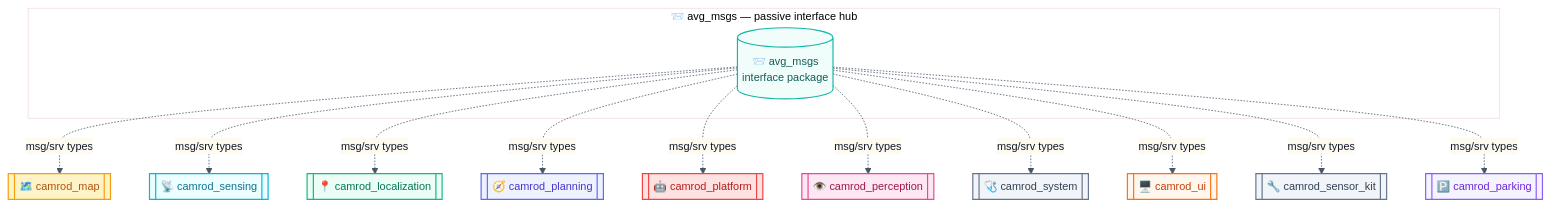
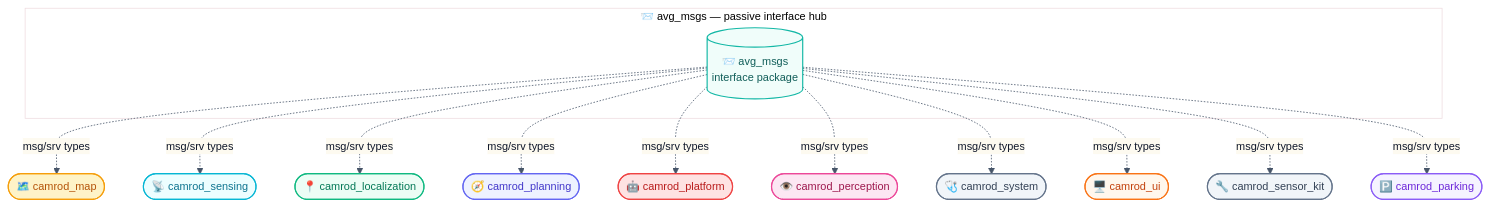
The first of 2 diagrams in camrod_common/avg_msgs/README.md (hwanhonglee/CAMROD), drawn with Mermaid before and after one commit. The commit also changed other lines of this file and 12 other files, not shown here.

First line of the commit message:
docs(v4): unified Mermaid shape convention + runtime data flow diagram

````diff
--- a/camrod_common/avg_msgs/README.md
+++ b/camrod_common/avg_msgs/README.md
@@ -51,29 +51,29 @@
 ```mermaid
 %%{init: {'theme': 'base', 'themeVariables': {'fontFamily': 'ui-sans-serif, system-ui, sans-serif', 'fontSize': '14px', 'primaryColor': '#F0FDFA', 'primaryTextColor': '#0F172A', 'primaryBorderColor': '#14B8A6', 'lineColor': '#475569'}, 'flowchart': {'curve': 'basis', 'htmlLabels': true, 'padding': 12}}}%%
 graph TD
   subgraph CENTER["📨 avg_msgs — passive interface hub"]
     AVG[(📨 avg_msgs\ninterface package)]:::iface
   end
 
-  AVG -. msg/srv types .-> MAP[[🗺️ camrod_map]]:::mapping
-  AVG -. msg/srv types .-> SENSING[[📡 camrod_sensing]]:::sensing
-  AVG -. msg/srv types .-> LOC[[📍 camrod_localization]]:::localization
-  AVG -. msg/srv types .-> PLAN[[🧭 camrod_planning]]:::planning
-  AVG -. msg/srv types .-> PLAT[[🤖 camrod_platform]]:::platform
-  AVG -. msg/srv types .-> PER[[👁️ camrod_perception]]:::perception
-  AVG -. msg/srv types .-> SYS[[🩺 camrod_system]]:::system
-  AVG -. msg/srv types .-> UI[[🖥️ camrod_ui]]:::ui
-  AVG -. msg/srv types .-> SKIT[[🔧 camrod_sensor_kit]]:::system
-  AVG -. msg/srv types .-> PARK[[🅿️ camrod_parking]]:::parking
+  AVG -. msg/srv types .-> MAP([🗺️ camrod_map]):::mapping
+  AVG -. msg/srv types .-> SENSING([📡 camrod_sensing]):::sensing
+  AVG -. msg/srv types .-> LOC([📍 camrod_localization]):::localization
+  AVG -. msg/srv types .-> PLAN([🧭 camrod_planning]):::planning
+  AVG -. msg/srv types .-> PLAT([🤖 camrod_platform]):::platform
+  AVG -. msg/srv types .-> PER([👁️ camrod_perception]):::perception
+  AVG -. msg/srv types .-> SYS([🩺 camrod_system]):::system
+  AVG -. msg/srv types .-> UI([🖥️ camrod_ui]):::ui
+  AVG -. msg/srv types .-> SKIT([🔧 camrod_sensor_kit]):::system
+  AVG -. msg/srv types .-> PARK([🅿️ camrod_parking]):::parking
 
   classDef iface        fill:#F0FDFA,stroke:#14B8A6,stroke-width:1.5px,color:#115E59;
   classDef sensing      fill:#ECFEFF,stroke:#06B6D4,stroke-width:1.5px,color:#0E7490;
   classDef localization fill:#ECFDF5,stroke:#10B981,stroke-width:1.5px,color:#047857;
   classDef mapping      fill:#FEF3C7,stroke:#F59E0B,stroke-width:1.5px,color:#B45309;
   classDef perception   fill:#FCE7F3,stroke:#EC4899,stroke-width:1.5px,color:#9D174D;
   classDef planning     fill:#EEF2FF,stroke:#6366F1,stroke-width:1.5px,color:#4338CA;
   classDef platform     fill:#FEE2E2,stroke:#EF4444,stroke-width:1.5px,color:#B91C1C;
   classDef parking      fill:#F5F3FF,stroke:#8B5CF6,stroke-width:1.5px,color:#6D28D9;
   classDef system       fill:#F1F5F9,stroke:#64748B,stroke-width:1.5px,color:#334155;
   classDef ui           fill:#FFF7ED,stroke:#F97316,stroke-width:1.5px,color:#C2410C;
 ```
````
